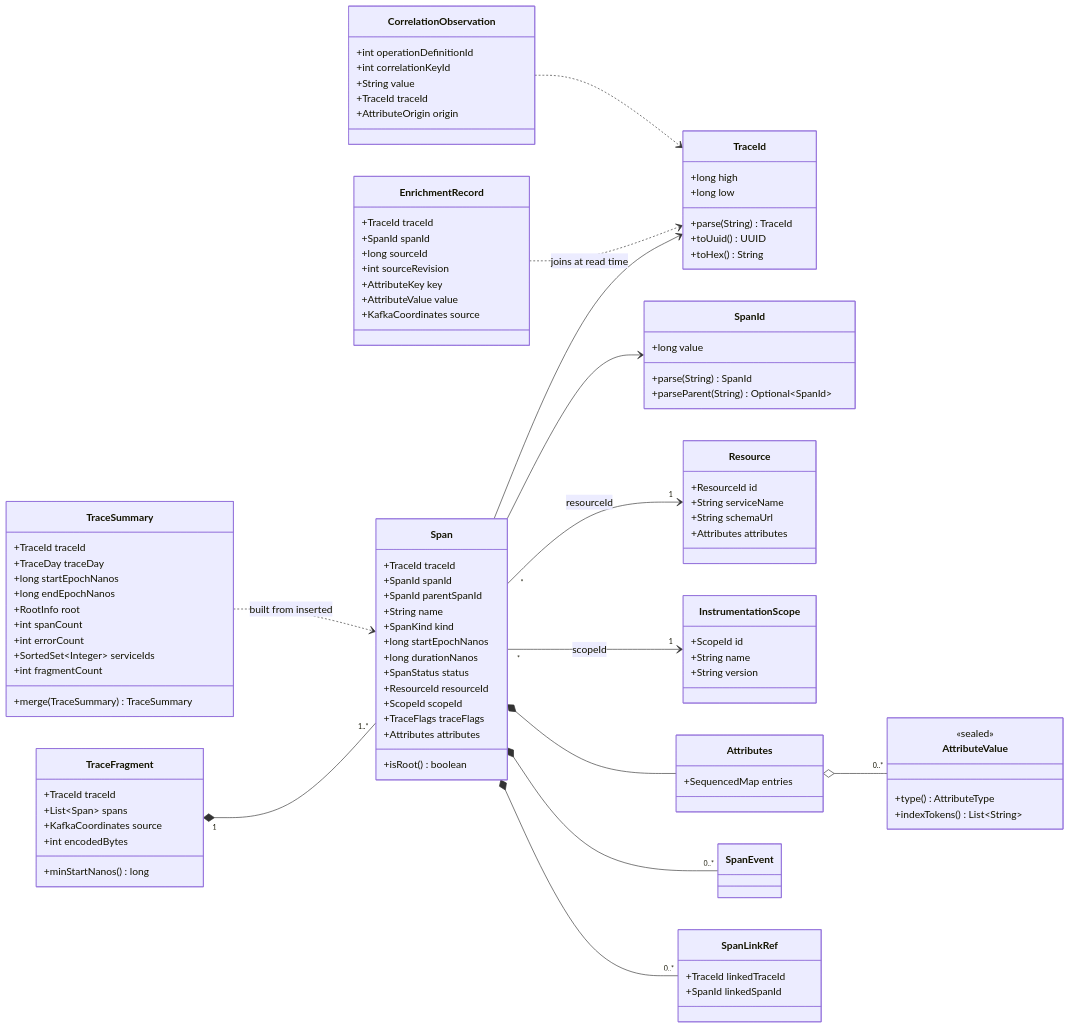
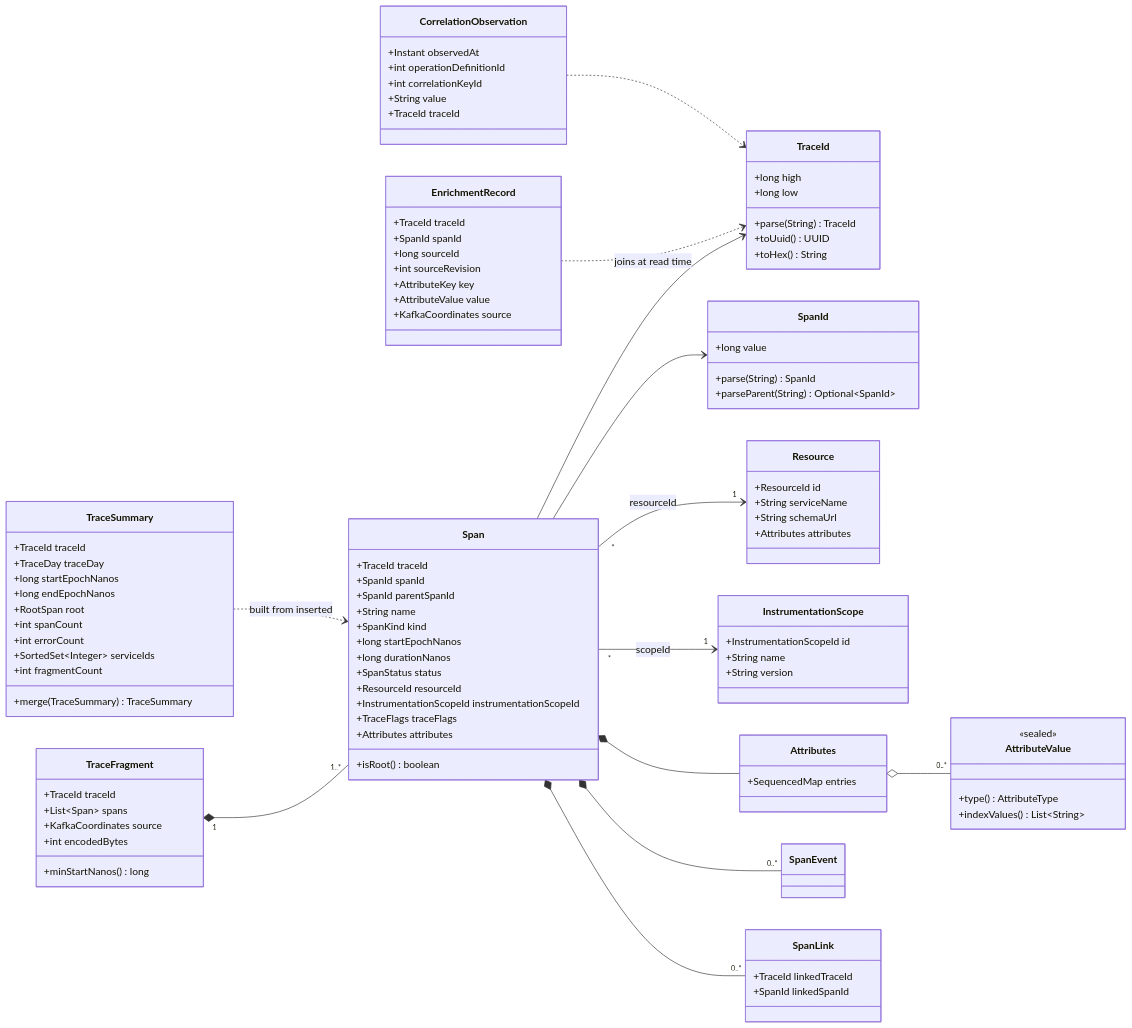
One commit to aasmc/tracing-system changed the second of 9 diagrams in agent/05-domain-model.md. Above: the diagram before and after it, drawn with Mermaid. The commit also changed other lines of this file and 35 other files, not shown here.

```diff
--- a/agent/05-domain-model.md
+++ b/agent/05-domain-model.md
@@ -814,7 +458,7 @@
         +long durationNanos
         +SpanStatus status
         +ResourceId resourceId
-        +ScopeId scopeId
+        +InstrumentationScopeId instrumentationScopeId
         +TraceFlags traceFlags
         +Attributes attributes
         +isRoot() boolean
@@ -824,7 +468,7 @@
         +TraceDay traceDay
         +long startEpochNanos
         +long endEpochNanos
-        +RootInfo root
+        +RootSpan root
         +int spanCount
         +int errorCount
         +SortedSet~Integer~ serviceIds
@@ -838,7 +482,7 @@
         +Attributes attributes
     }
     class InstrumentationScope {
-        +ScopeId id
+        +InstrumentationScopeId id
         +String name
         +String version
     }
@@ -848,10 +492,10 @@
     class AttributeValue {
         <<sealed>>
         +type() AttributeType
-        +indexTokens() List~String~
+        +indexValues() List~String~
     }
     class SpanEvent
-    class SpanLinkRef {
+    class SpanLink {
         +TraceId linkedTraceId
         +SpanId linkedSpanId
     }
@@ -865,11 +509,11 @@
         +KafkaCoordinates source
     }
     class CorrelationObservation {
+        +Instant observedAt
         +int operationDefinitionId
         +int correlationKeyId
         +String value
         +TraceId traceId
-        +AttributeOrigin origin
     }
     TraceFragment "1" *-- "1..*" Span
     Span --> TraceId
@@ -878,7 +522,7 @@
     Span "*" --> "1" InstrumentationScope : scopeId
     Span *-- Attributes
     Span *-- "0..*" SpanEvent
-    Span *-- "0..*" SpanLinkRef
+    Span *-- "0..*" SpanLink
     Attributes o-- "0..*" AttributeValue
     TraceSummary ..> Span : built from inserted
     EnrichmentRecord ..> TraceId : joins at read time
```
